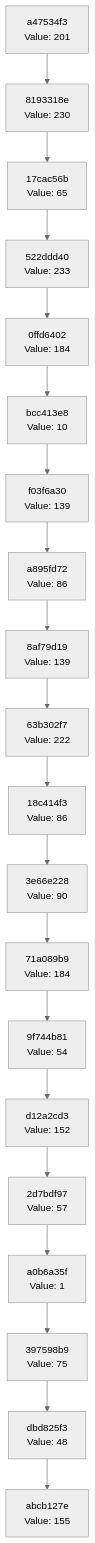
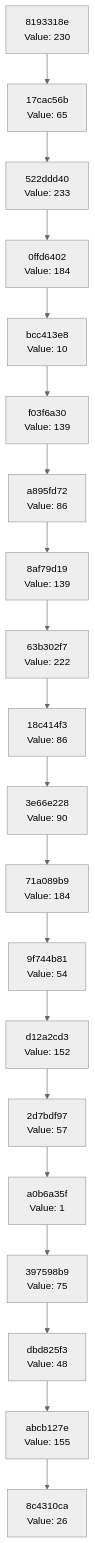
Before and after one commit to Abhisheksinha1506/hash-chain-evolver: the diagram in docs/CHAIN_VISUALIZATION.md, drawn with Mermaid (neutral theme). The commit also changed 3 other files, not shown here.

````diff
--- a/docs/CHAIN_VISUALIZATION.md
+++ b/docs/CHAIN_VISUALIZATION.md
@@ -3,42 +3,42 @@
 ```mermaid
 graph TD
-    C0["abcb127e<br/>Value: 155"]
-    C1["dbd825f3<br/>Value: 48"]
+    C0["8c4310ca<br/>Value: 26"]
+    C1["abcb127e<br/>Value: 155"]
     C1 --> C0
-    C2["397598b9<br/>Value: 75"]
+    C2["dbd825f3<br/>Value: 48"]
     C2 --> C1
-    C3["a0b6a35f<br/>Value: 1"]
+    C3["397598b9<br/>Value: 75"]
     C3 --> C2
-    C4["2d7bdf97<br/>Value: 57"]
+    C4["a0b6a35f<br/>Value: 1"]
     C4 --> C3
-    C5["d12a2cd3<br/>Value: 152"]
+    C5["2d7bdf97<br/>Value: 57"]
     C5 --> C4
-    C6["9f744b81<br/>Value: 54"]
+    C6["d12a2cd3<br/>Value: 152"]
     C6 --> C5
-    C7["71a089b9<br/>Value: 184"]
+    C7["9f744b81<br/>Value: 54"]
     C7 --> C6
-    C8["3e66e228<br/>Value: 90"]
+    C8["71a089b9<br/>Value: 184"]
     C8 --> C7
-    C9["18c414f3<br/>Value: 86"]
+    C9["3e66e228<br/>Value: 90"]
     C9 --> C8
-    C10["63b302f7<br/>Value: 222"]
+    C10["18c414f3<br/>Value: 86"]
     C10 --> C9
-    C11["8af79d19<br/>Value: 139"]
+    C11["63b302f7<br/>Value: 222"]
     C11 --> C10
-    C12["a895fd72<br/>Value: 86"]
+    C12["8af79d19<br/>Value: 139"]
     C12 --> C11
-    C13["f03f6a30<br/>Value: 139"]
+    C13["a895fd72<br/>Value: 86"]
     C13 --> C12
-    C14["bcc413e8<br/>Value: 10"]
+    C14["f03f6a30<br/>Value: 139"]
     C14 --> C13
-    C15["0ffd6402<br/>Value: 184"]
+    C15["bcc413e8<br/>Value: 10"]
     C15 --> C14
-    C16["522ddd40<br/>Value: 233"]
+    C16["0ffd6402<br/>Value: 184"]
     C16 --> C15
-    C17["17cac56b<br/>Value: 65"]
+    C17["522ddd40<br/>Value: 233"]
     C17 --> C16
-    C18["8193318e<br/>Value: 230"]
+    C18["17cac56b<br/>Value: 65"]
     C18 --> C17
-    C19["a47534f3<br/>Value: 201"]
+    C19["8193318e<br/>Value: 230"]
     C19 --> C18
 ```
````
